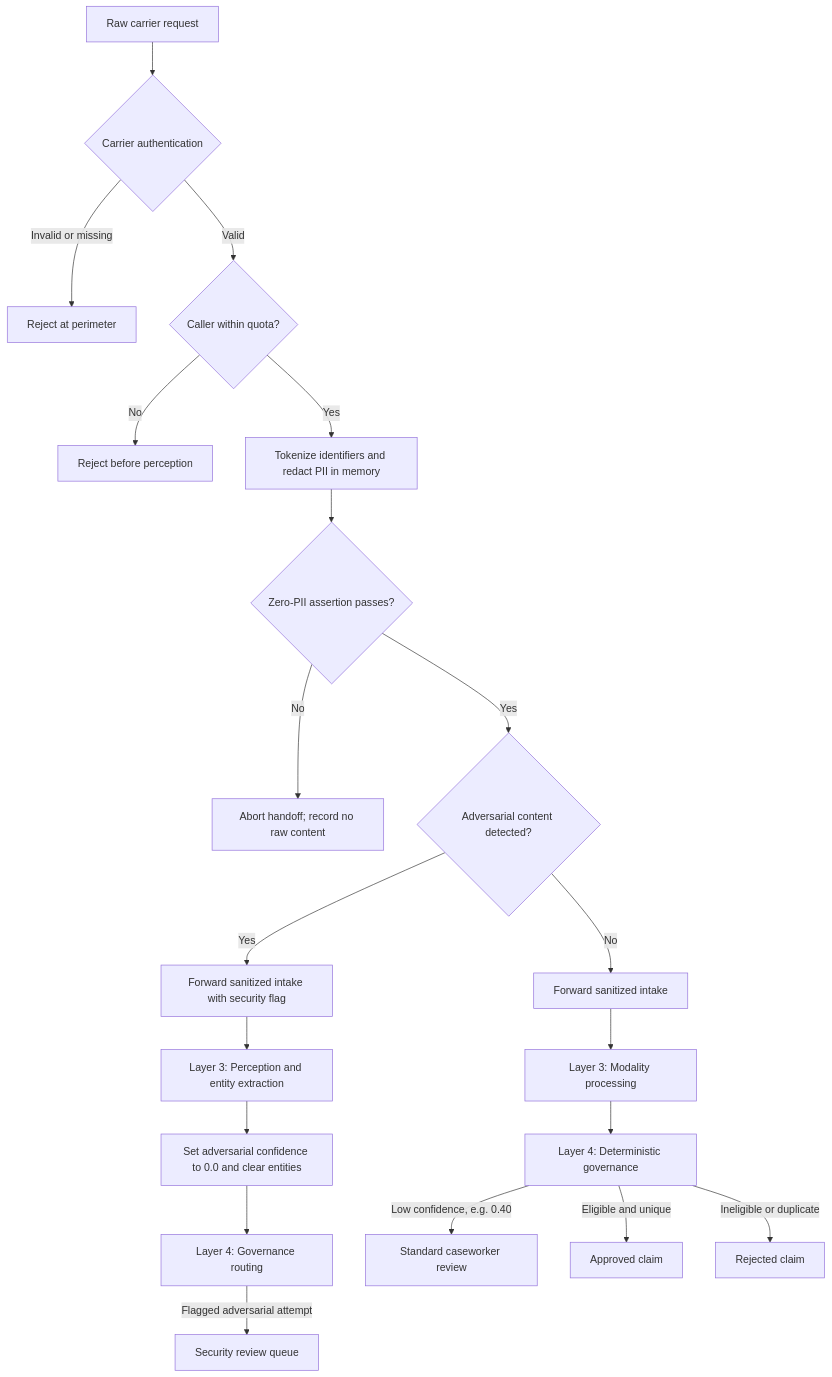
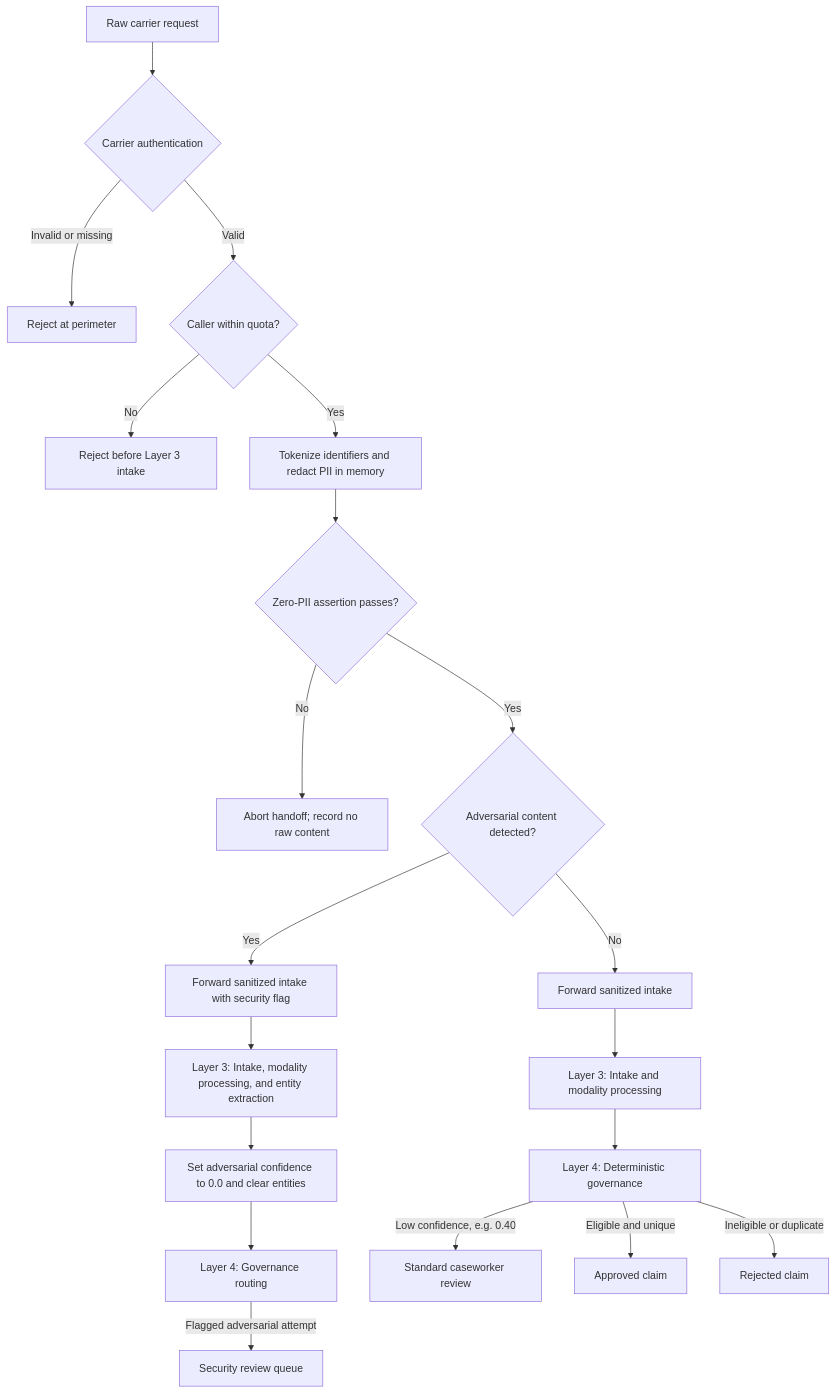
One commit to gargmishu/agristack-dbt-core changed the diagram in design-specs/step3-guardrails/flowchart_with_guardrails.md. Above: the diagram before and after it, drawn with Mermaid. The commit also changed 4 other files, not shown here.

Commit message:
refactor: update terminology for clarity in governance architecture and security documentation

````diff
--- a/design-specs/step3-guardrails/flowchart_with_guardrails.md
+++ b/design-specs/step3-guardrails/flowchart_with_guardrails.md
@@ -5,24 +5,24 @@
 ```mermaid
 flowchart TD
     Request["Raw carrier request"] --> Auth{"Carrier authentication"}
     Auth -->|Invalid or missing| Deny["Reject at perimeter"]
     Auth -->|Valid| Quota{"Caller within quota?"}
-    Quota -->|No| RateReject["Reject before perception"]
+    Quota -->|No| RateReject["Reject before Layer 3 intake"]
     Quota -->|Yes| Transform["Tokenize identifiers and redact PII in memory"]
     Transform --> PiiCheck{"Zero-PII assertion passes?"}
     PiiCheck -->|No| Abort["Abort handoff; record no raw content"]
     PiiCheck -->|Yes| Threat{"Adversarial content detected?"}
     Threat -->|Yes| Flag["Forward sanitized intake with security flag"]
     Threat -->|No| Clean["Forward sanitized intake"]
 
-    Flag --> Perception["Layer 3: Perception and entity extraction"]
-    Perception --> Neutralize["Set adversarial confidence to 0.0 and clear entities"]
+    Flag --> IntakeProcessing["Layer 3: Intake, modality processing, and entity extraction"]
+    IntakeProcessing --> Neutralize["Set adversarial confidence to 0.0 and clear entities"]
     Neutralize --> Governance["Layer 4: Governance routing"]
     Governance -->|Flagged adversarial attempt| SecurityQueue["Security review queue"]
 
-    Clean --> NormalPerception["Layer 3: Modality processing"]
-    NormalPerception --> NormalGovernance["Layer 4: Deterministic governance"]
+    Clean --> NormalIntakeProcessing["Layer 3: Intake and modality processing"]
+    NormalIntakeProcessing --> NormalGovernance["Layer 4: Deterministic governance"]
     NormalGovernance -->|Low confidence, e.g. 0.40| Caseworker["Standard caseworker review"]
     NormalGovernance -->|Eligible and unique| Approved["Approved claim"]
     NormalGovernance -->|Ineligible or duplicate| Rejected["Rejected claim"]
 ```
````
